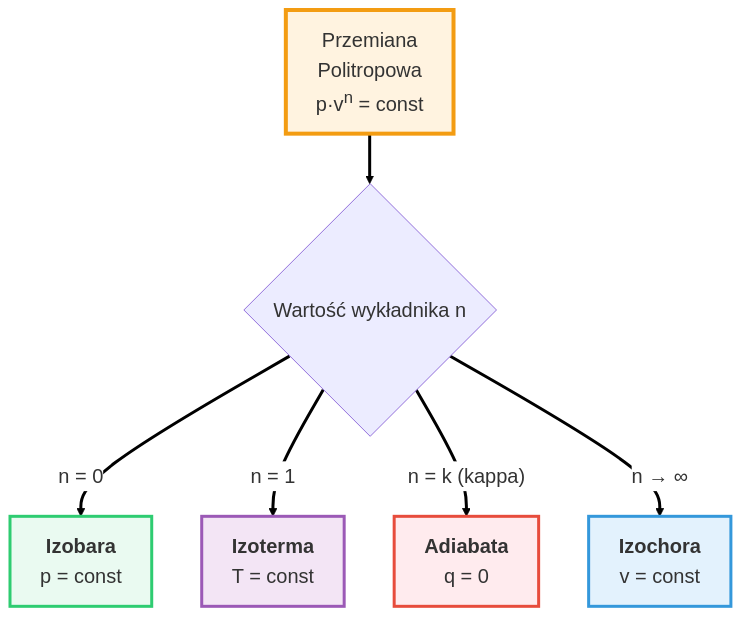
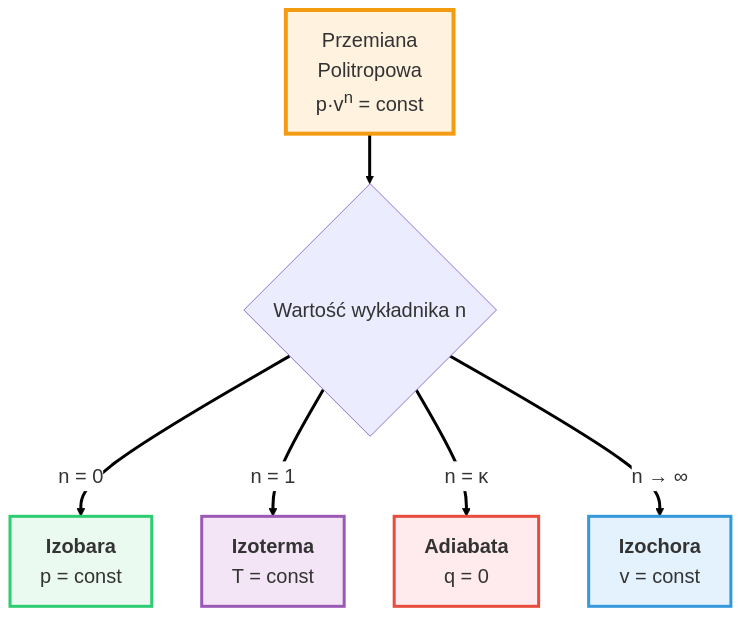
One commit to moondec/Termodynamika changed the diagram in Wyklady/08_Przemiany_Gazowe.qmd. Above: the diagram before and after it, drawn with Mermaid. The commit also changed other lines of this file and 80 other files, not shown here.

````diff
--- a/Wyklady/08_Przemiany_Gazowe.qmd
+++ b/Wyklady/08_Przemiany_Gazowe.qmd
@@ -477,18 +481,18 @@
 ```{mermaid}
 %%{init: {'theme': 'default', 'flowchart': { 'useMaxWidth': false, 'htmlLabels': true }, 'themeVariables': { 'fontSize': '20px', 'fontFamily': 'sans-serif', 'primaryColor': '#ffffff', 'edgeLabelBackground':'#ffffff', 'tertiaryColor': '#fff0f0' }}}%%
 flowchart TD
     A["Przemiana<br>Politropowa<br>p&middot;v<sup>n</sup> = const"] --> B{"Wartość wykładnika n"}
     
     B -- "n = 0" --> C["<b>Izobara</b><br>p = const"]
     B -- "n = 1" --> D["<b>Izoterma</b><br>T = const"]
-    B -- "n = k (kappa)" --> E["<b>Adiabata</b><br>q = 0"]
+    B -- "n = &kappa;" --> E["<b>Adiabata</b><br>q = 0"]
     B -- "n &rarr; &infin;" --> F["<b>Izochora</b><br>v = const"]
     
     style A fill:#fff3e0,stroke:#f39c12,stroke-width:4px
     style C fill:#eafaf1,stroke:#2ecc71,stroke-width:3px
     style D fill:#f3e5f5,stroke:#9b59b6,stroke-width:3px
     style E fill:#ffebee,stroke:#e74c3c,stroke-width:3px
     style F fill:#e3f2fd,stroke:#3498db,stroke-width:3px
     
     linkStyle default stroke-width:3px,fill:none,stroke:black
 ```
````
